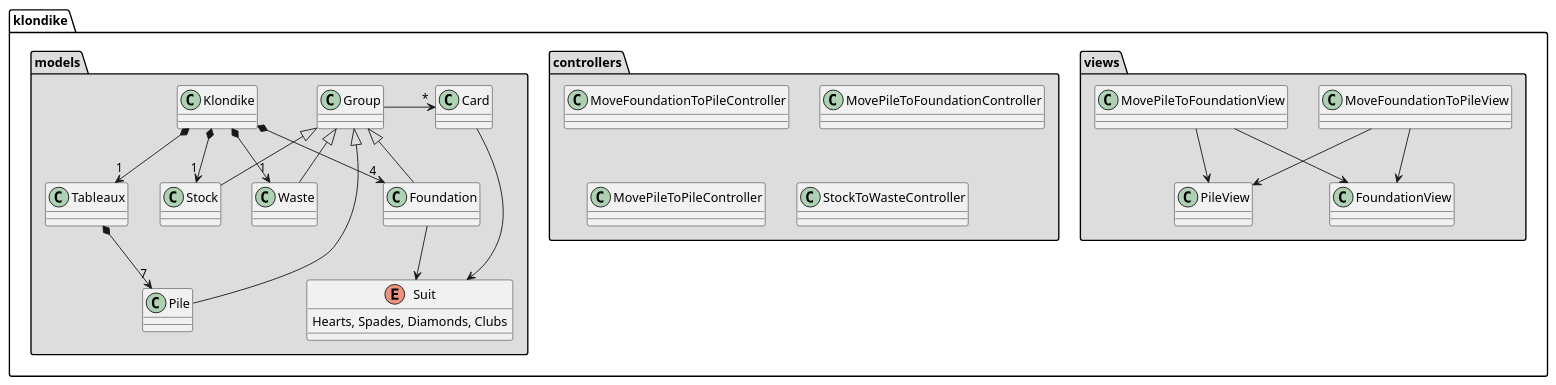
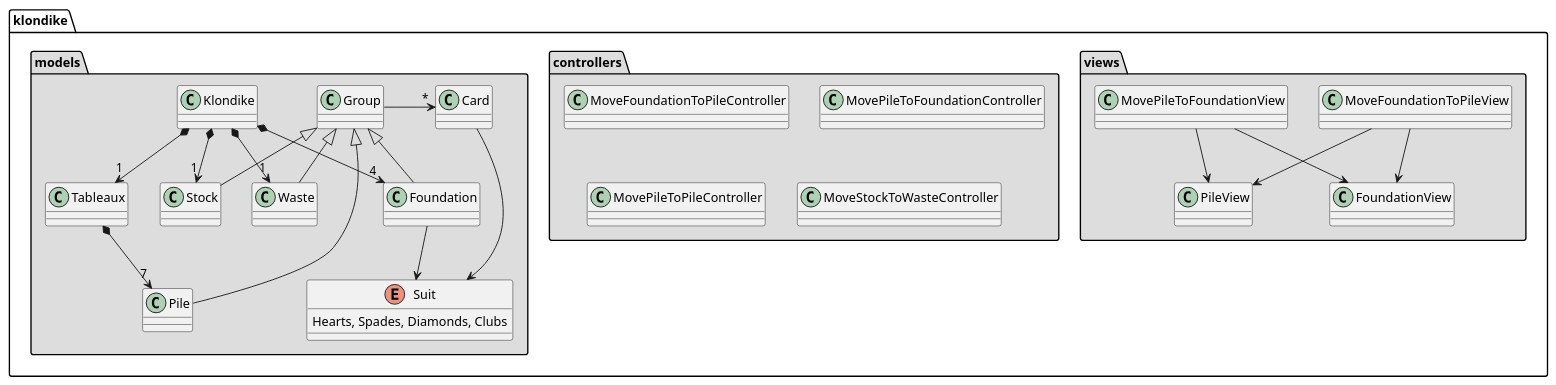
Before and after one commit to ciscoruiz/klondike: the diagram in analysis/architecture/package_diagram.puml, drawn with PlantUML.

Commit message:
Fix controller name in diagram

```diff
--- a/analysis/architecture/package_diagram.puml
+++ b/analysis/architecture/package_diagram.puml
@@ -1,47 +1,47 @@
 @startuml
 package "klondike.views" #DDDDDD {
    class MoveFoundationToPileView
    class MovePileToFoundationView
 
    class PileView
    class FoundationView
 
    MoveFoundationToPileView -down-> PileView
    MoveFoundationToPileView -down-> FoundationView
 
    MovePileToFoundationView -down-> PileView
    MovePileToFoundationView -down-> FoundationView
 }
 
 package "klondike.controllers" #DDDDDD {
    class MoveFoundationToPileController
    class MovePileToFoundationController
    class MovePileToPileController
-   class StockToWasteController
+   class MoveStockToWasteController
 }
 
 package "klondike.models" #DDDDDD {
 
    enum Suit {
     Hearts, Spades, Diamonds, Clubs
    }
 
    Card --> Suit
 
    Group -> "*" Card
    Group <|-down- Pile
    Group <|-down- Stock
    Group <|-down- Waste
    Group <|-down- Foundation
 
 
    Tableaux *-down-> "7" Pile
    Klondike *-down-> "1" Stock
    Klondike *-down-> "1" Waste
    Klondike *-down-> "1" Tableaux
    Klondike *-down-> "4" Foundation
 
    Foundation --> Suit
 }
 
 @enduml
```
